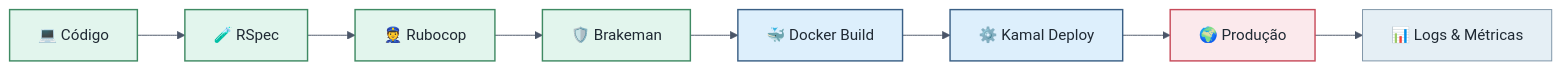
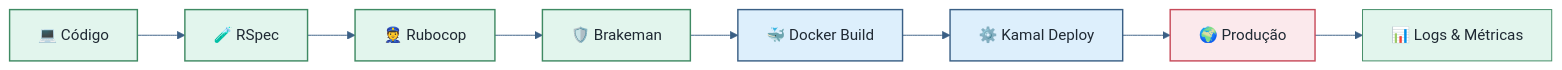
Before and after one commit to enogrob/project-qeevo-anubis: the fourth of 5 diagrams in contents/anubis.md, drawn with Mermaid. The commit also changed other lines of this file and 1 other file, not shown here.

````diff
--- a/contents/anubis.md
+++ b/contents/anubis.md
@@ -316,25 +309,21 @@
 ```mermaid
 %%{init: {'theme':'base','themeVariables': {
-  'primaryColor':'#E5EFF5',
-  'primaryTextColor':'#1F2933',
-  'primaryBorderColor':'#7C93A6',
-  'secondaryColor':'#DDEFFC',
-  'tertiaryColor':'#E2F5ED',
-  'lineColor':'#4A5568'
+  'primaryColor':'#E2F5ED','primaryBorderColor':'#3F8A63','primaryTextColor':'#1F2933',
+  'secondaryColor':'#DDEFFC','tertiaryColor':'#FBE9EC','lineColor':'#3A5F85'
 }}}%%
 flowchart LR
   Dev["💻 Código"] --> Test["🧪 RSpec"]
   Test --> Lint["👮 Rubocop"]
   Lint --> Sec["🛡️ Brakeman"]
   Sec --> Build["🐳 Docker Build"]
   Build --> Deploy["⚙️ Kamal Deploy"]
   Deploy --> Prod["🌍 Produção"]
   Prod --> Obs["📊 Logs & Métricas"]
 
   classDef step fill:#E2F5ED,stroke:#3F8A63,stroke-width:1.5px,color:#1F2933;
   classDef risk fill:#FBE9EC,stroke:#C74B5A,stroke-width:1.5px,color:#1F2933;
   classDef infra fill:#DDEFFC,stroke:#3A5F85,stroke-width:1.5px,color:#1F2933;
   class Dev,Test,Lint,Sec step;
   class Build,Deploy infra;
   class Prod risk;
 ```
````
